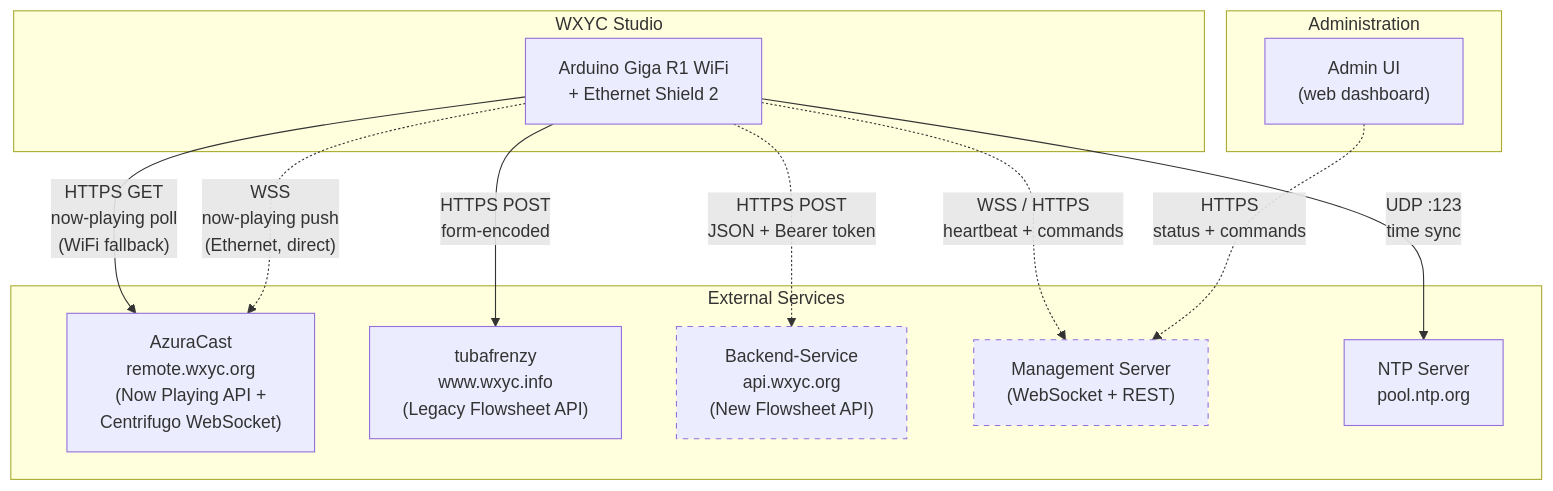
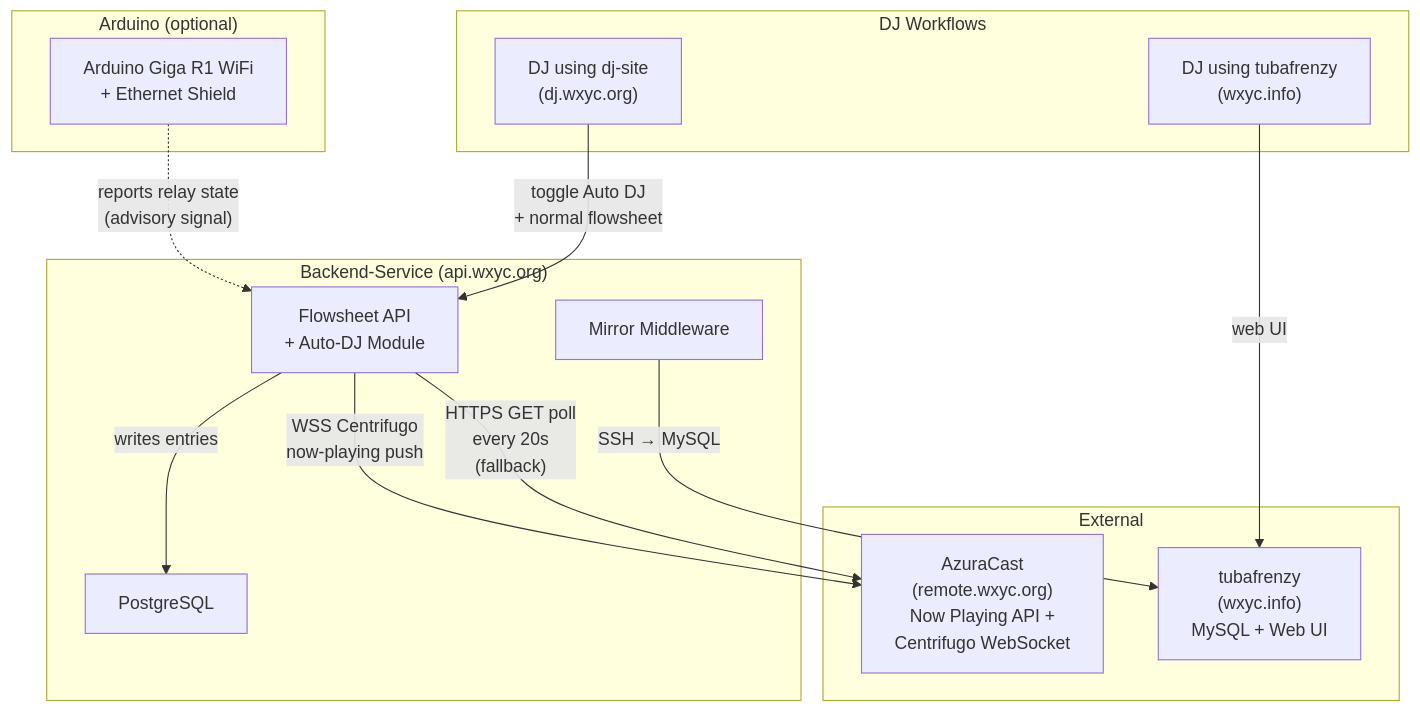
Before and after one commit to WXYC/auto-dj-arduino-switch: the first of 15 diagrams in docs/networking-spec.md, drawn with Mermaid. The commit also changed other lines of this file, not shown here.

First line of the commit message:
Revise networking-spec.md to reflect architecture pivot

````diff
--- a/docs/networking-spec.md
+++ b/docs/networking-spec.md
@@ -58,30 +79,32 @@
 ```mermaid
 flowchart TD
-    subgraph Studio["WXYC Studio"]
-        ARD["Arduino Giga R1 WiFi<br>+ Ethernet Shield 2"]
+    subgraph DJs["DJ Workflows"]
+        DJ1["DJ using dj-site<br>(dj.wxyc.org)"]
+        DJ2["DJ using tubafrenzy<br>(wxyc.info)"]
     end
 
-    subgraph External["External Services"]
-        AZ["AzuraCast<br>remote.wxyc.org<br>(Now Playing API +<br>Centrifugo WebSocket)"]
-        TF["tubafrenzy<br>www.wxyc.info<br>(Legacy Flowsheet API)"]
-        BS["Backend-Service<br>api.wxyc.org<br>(New Flowsheet API)"]
-        MS["Management Server<br>(WebSocket + REST)"]
-        NTP["NTP Server<br>pool.ntp.org"]
+    subgraph Backend["Backend-Service (api.wxyc.org)"]
+        API["Flowsheet API<br>+ Auto-DJ Module"]
+        PG["PostgreSQL"]
+        MIRROR["Mirror Middleware"]
     end
 
-    subgraph Admin["Administration"]
-        UI["Admin UI<br>(web dashboard)"]
+    subgraph External["External"]
+        TF["tubafrenzy<br>(wxyc.info)<br>MySQL + Web UI"]
+        AZ["AzuraCast<br>(remote.wxyc.org)<br>Now Playing API +<br>Centrifugo WebSocket"]
     end
 
-    ARD -- "HTTPS GET<br>now-playing poll<br>(WiFi fallback)" --> AZ
-    ARD -. "WSS<br>now-playing push<br>(Ethernet, direct)" .-> AZ
-    ARD -- "HTTPS POST<br>form-encoded" --> TF
-    ARD -. "HTTPS POST<br>JSON + Bearer token" .-> BS
-    ARD -. "WSS / HTTPS<br>heartbeat + commands" .-> MS
-    ARD -- "UDP :123<br>time sync" --> NTP
+    subgraph Device["Arduino (optional)"]
+        ARD["Arduino Giga R1 WiFi<br>+ Ethernet Shield"]
+    end
 
-    UI -. "HTTPS<br>status + commands" .-> MS
+    DJ1 -->|"toggle Auto DJ<br>+ normal flowsheet"| API
+    DJ2 -->|"web UI"| TF
+    API -->|"writes entries"| PG
+    MIRROR -->|"SSH → MySQL"| TF
 
-    style BS stroke-dasharray: 5 5
-    style MS stroke-dasharray: 5 5
+    API -->|"WSS Centrifugo<br>now-playing push"| AZ
+    API -->|"HTTPS GET poll<br>every 20s<br>(fallback)"| AZ
+
+    ARD -.->|"reports relay state<br>(advisory signal)"| API
 ```
````
